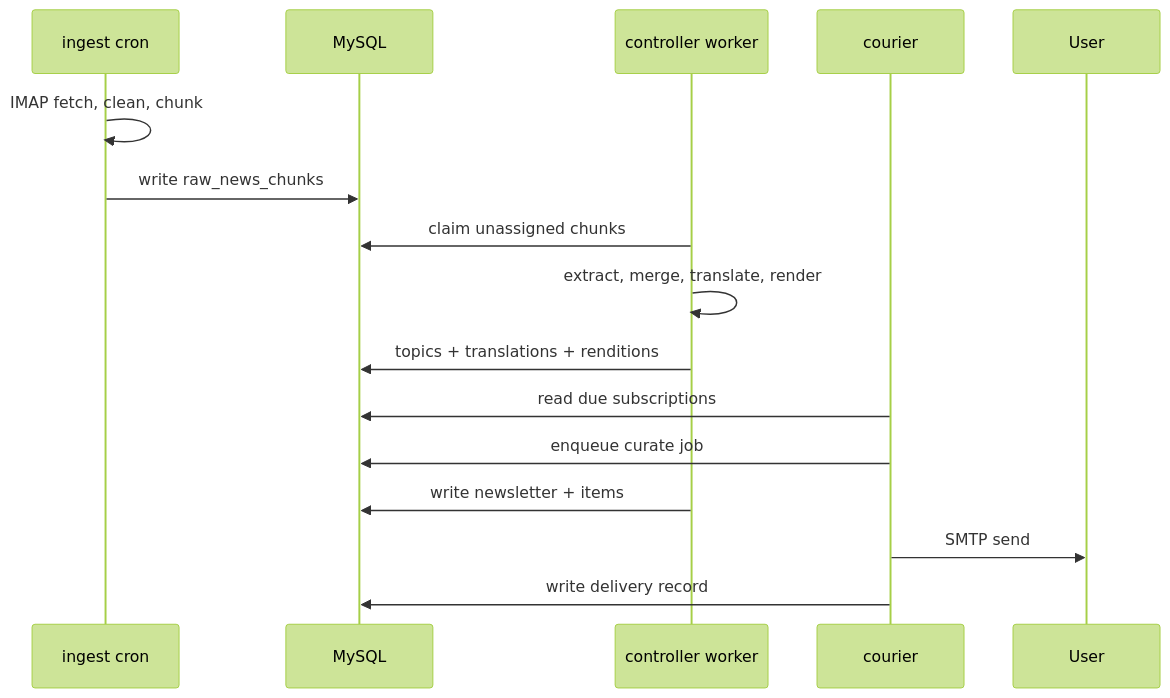
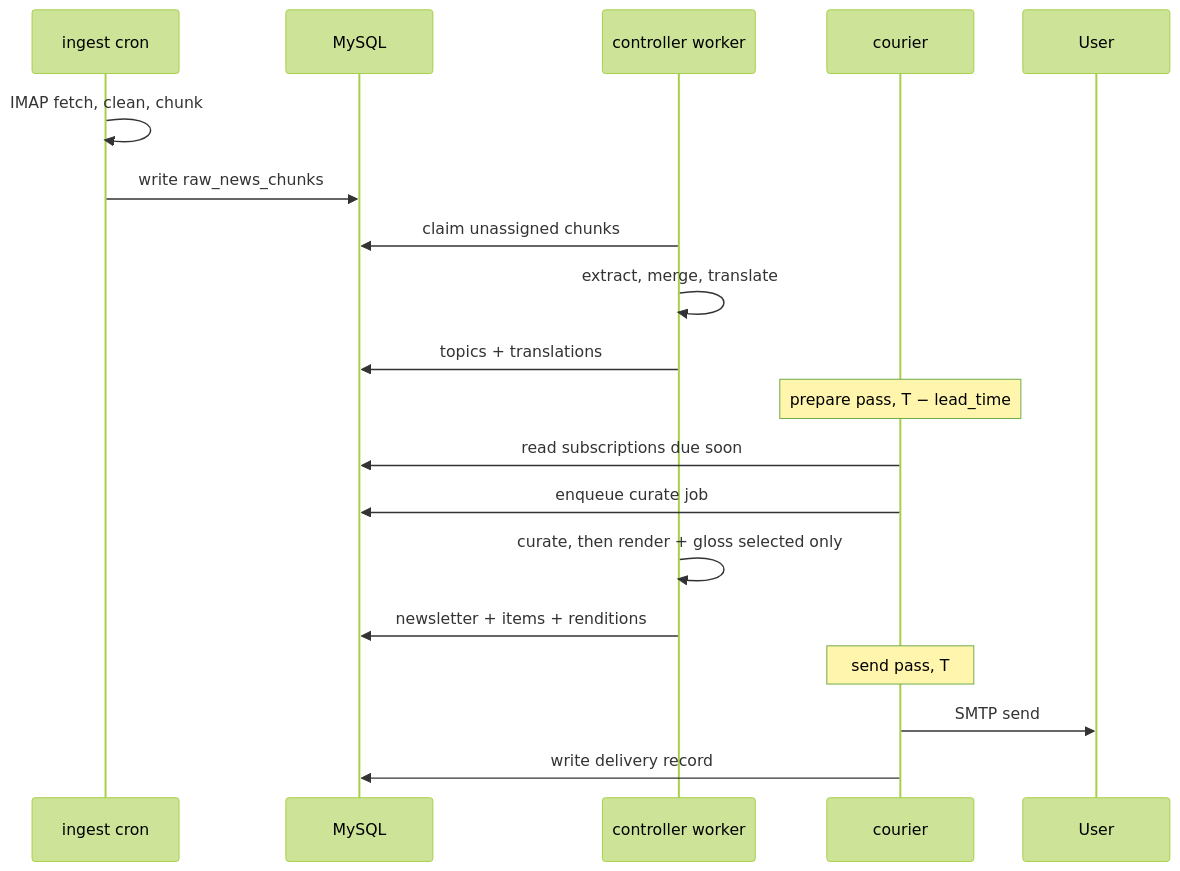
Before and after one commit to marcinstopyra/polyglot-pigeon: the fifth of 6 diagrams in docs/architecture.md, drawn with Mermaid (forest theme). The commit also changed other lines of this file, not shown here.

Commit message:
roadmap refinement

````diff
--- a/docs/architecture.md
+++ b/docs/architecture.md
@@ -720,19 +782,22 @@
 ```mermaid
 sequenceDiagram
     participant ING as ingest cron
     participant DB as MySQL
     participant CTL as controller worker
     participant COU as courier
     participant User
 
     ING->>ING: IMAP fetch, clean, chunk
     ING->>DB: write raw_news_chunks
     CTL->>DB: claim unassigned chunks
-    CTL->>CTL: extract, merge, translate, render
-    CTL->>DB: topics + translations + renditions
-    COU->>DB: read due subscriptions
+    CTL->>CTL: extract, merge, translate
+    CTL->>DB: topics + translations
+    Note over COU: prepare pass, T − lead_time
+    COU->>DB: read subscriptions due soon
     COU->>DB: enqueue curate job
-    CTL->>DB: write newsletter + items
+    CTL->>CTL: curate, then render + gloss selected only
+    CTL->>DB: newsletter + items + renditions
+    Note over COU: send pass, T
     COU->>User: SMTP send
     COU->>DB: write delivery record
 ```
````
